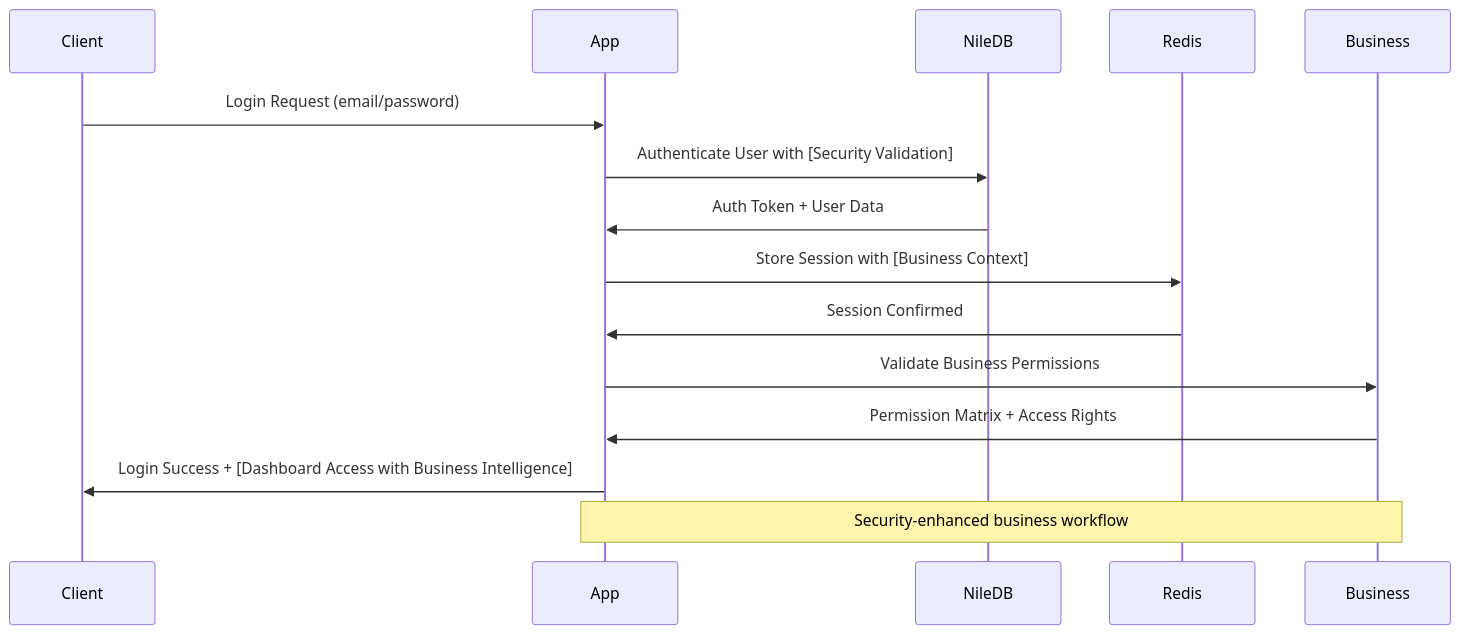
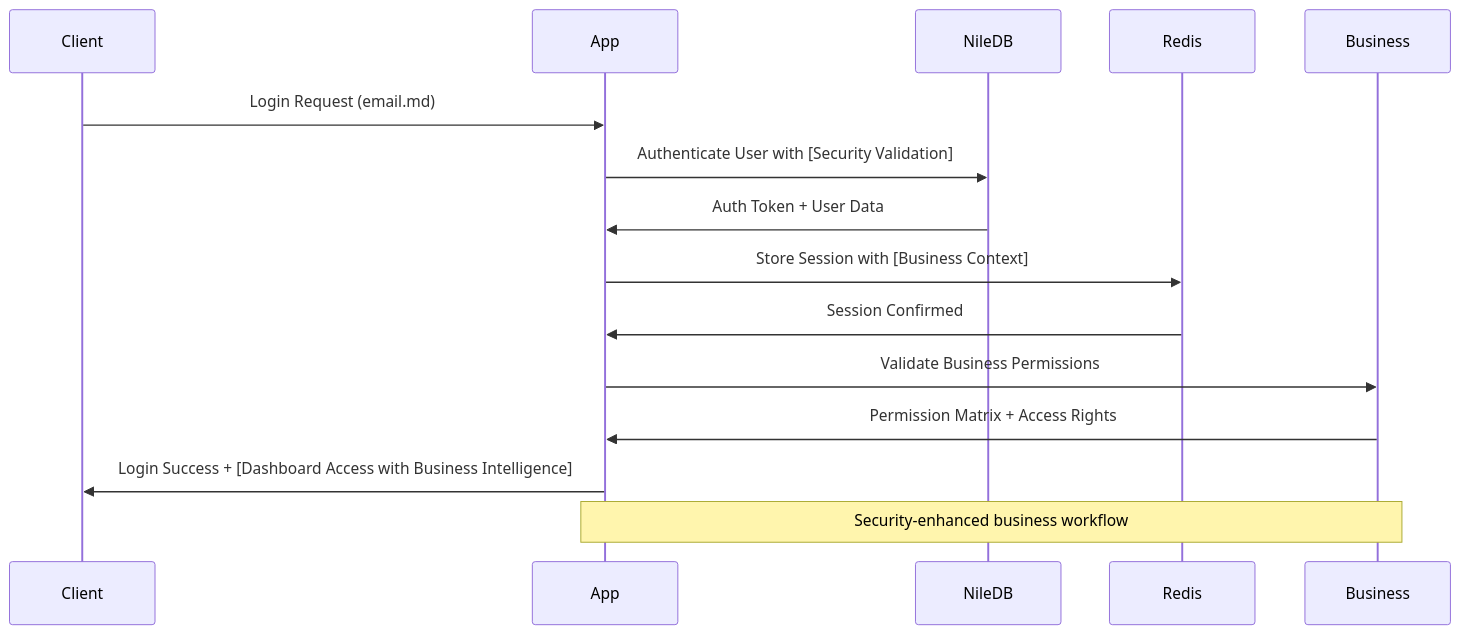
The first of 3 diagrams in docs/technical/architecture/detailed-technical/security-infrastructure-documentation.md (penguinmails/penguinmails.github.io), drawn with Mermaid before and after one commit. The commit also changed other lines of this file and 262 other files, not shown here.

````diff
--- a/docs/technical/architecture/detailed-technical/security-infrastructure-documentation.md
+++ b/docs/technical/architecture/detailed-technical/security-infrastructure-documentation.md
@@ -57,19 +57,19 @@
 ```mermaid
 sequenceDiagram
     participant Client
     participant App
     participant NileDB
     participant Redis
     participant Business
     
-    Client->>App: Login Request (email/password)
+    Client->>App: Login Request (email.md)
     App->>NileDB: Authenticate User with [Security Validation]
     NileDB->>App: Auth Token + User Data
     App->>Redis: Store Session with [Business Context]
     Redis->>App: Session Confirmed
     App->>Business: Validate Business Permissions
     Business->>App: Permission Matrix + Access Rights
     App->>Client: Login Success + [Dashboard Access with Business Intelligence]
     
     Note over App,Business: Security-enhanced business workflow
 ```
````
